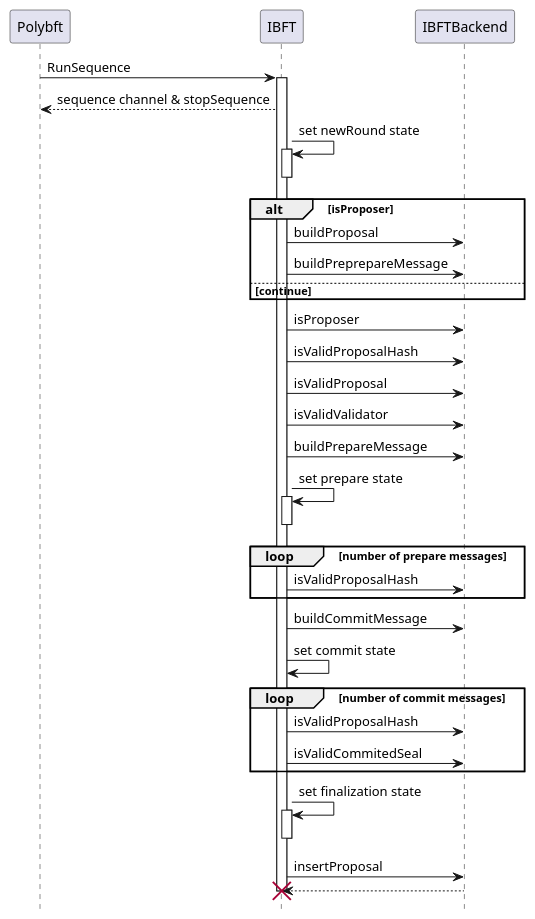
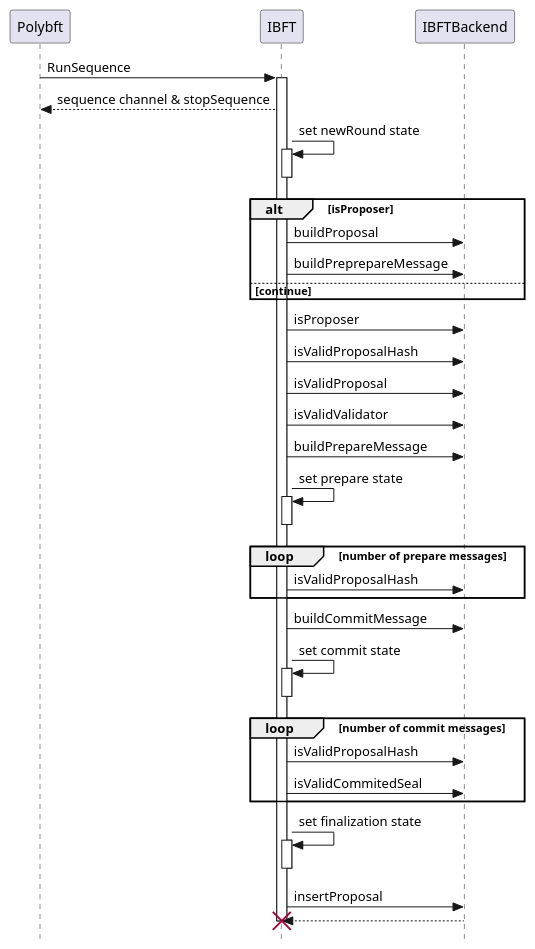
Before and after one commit to Ethernal-Tech/blade-legacy: the diagram in consensus/polybft/uml/polybft_backend_sequence.puml, drawn with PlantUML. The commit also changed 16 other files, not shown here.

```diff
--- a/consensus/polybft/uml/polybft_backend_sequence.puml
+++ b/consensus/polybft/uml/polybft_backend_sequence.puml
@@ -1,48 +1,51 @@
 @startuml
 hide footbox
+skinparam style strictuml
 
 Polybft -> IBFT: RunSequence
 activate IBFT
 Polybft <-- IBFT: sequence channel & stopSequence
 
 IBFT -> IBFT: set newRound state
 activate IBFT
 deactivate IBFT
 
 alt isProposer
     IBFT -> IBFTBackend: buildProposal
     IBFT -> IBFTBackend: buildPreprepareMessage
 else continue
 end
 
 IBFT -> IBFTBackend: isProposer
 IBFT -> IBFTBackend: isValidProposalHash
 IBFT -> IBFTBackend: isValidProposal
 IBFT -> IBFTBackend: isValidValidator
 IBFT -> IBFTBackend: buildPrepareMessage
 IBFT -> IBFT: set prepare state
 activate IBFT
 deactivate IBFT
 
 loop number of prepare messages
     IBFT -> IBFTBackend: isValidProposalHash
 end
 IBFT -> IBFTBackend: buildCommitMessage
 IBFT -> IBFT: set commit state
+activate IBFT
+deactivate IBFT
 
 loop number of commit messages
     IBFT -> IBFTBackend: isValidProposalHash
     IBFT -> IBFTBackend: isValidCommitedSeal
 end
 
 IBFT -> IBFT: set finalization state
 activate IBFT
 deactivate IBFT
 
 IBFT -> IBFTBackend: insertProposal
 IBFT <-- IBFTBackend
 deactivate IBFT
 
 destroy IBFT
 
 @enduml
```
